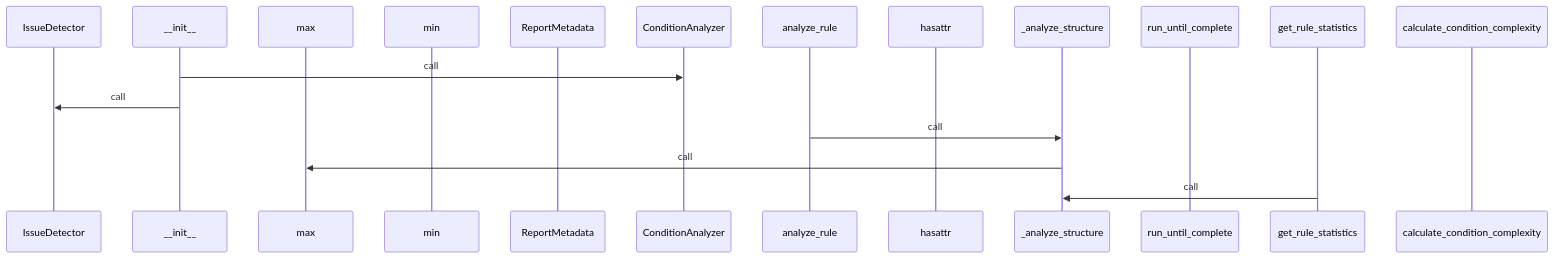
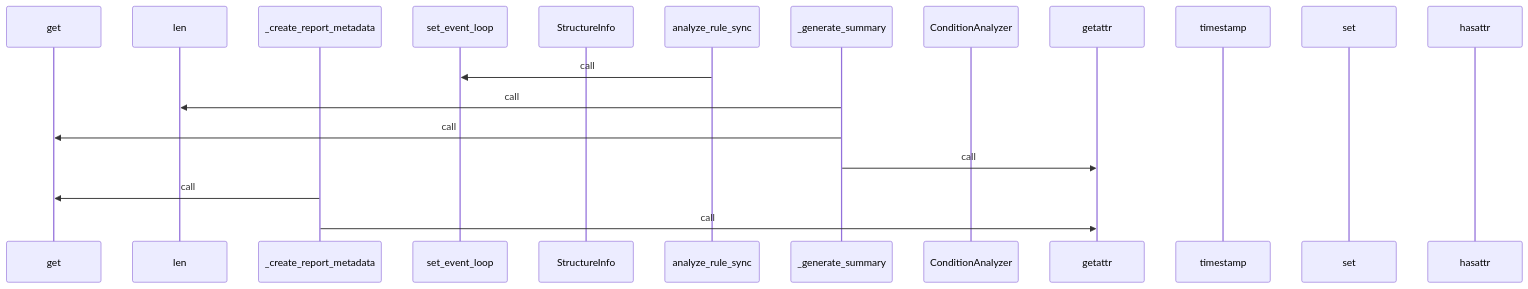
The third of 4 diagrams in generated_docs/rule_analyzer/analyzers/rule_analyzer.md (yeonjae-personal/codemuse-backend), drawn with Mermaid before and after one commit. The commit also changed other lines of this file and 3991 other files, not shown here.

First line of the commit message:
feat: 워크플로우 개선 및 핵심 문서 자동 생성 구현

````diff
--- a/generated_docs/rule_analyzer/analyzers/rule_analyzer.md
+++ b/generated_docs/rule_analyzer/analyzers/rule_analyzer.md
@@ -199,20 +199,21 @@
 ```mermaid
 sequenceDiagram
-  participant IssueDetector as IssueDetector
-  participant __init__ as __init__
-  participant max as max
-  participant min as min
-  participant ReportMetadata as ReportMetadata
+  participant get as get
+  participant len as len
+  participant _create_report_metadata as _create_report_metadata
+  participant set_event_loop as set_event_loop
+  participant StructureInfo as StructureInfo
+  participant analyze_rule_sync as analyze_rule_sync
+  participant _generate_summary as _generate_summary
   participant ConditionAnalyzer as ConditionAnalyzer
-  participant analyze_rule as analyze_rule
+  participant getattr as getattr
+  participant timestamp as timestamp
+  participant set as set
   participant hasattr as hasattr
-  participant _analyze_structure as _analyze_structure
-  participant run_until_complete as run_until_complete
-  participant get_rule_statistics as get_rule_statistics
-  participant calculate_condition_comp as calculate_condition_complexity
-  __init__->>ConditionAnalyzer: call
-  __init__->>IssueDetector: call
-  analyze_rule->>_analyze_structure: call
-  _analyze_structure->>max: call
-  get_rule_statistics->>_analyze_structure: call
+  analyze_rule_sync->>set_event_loop: call
+  _generate_summary->>len: call
+  _generate_summary->>get: call
+  _generate_summary->>getattr: call
+  _create_report_metadata->>get: call
+  _create_report_metadata->>getattr: call
 ```
````
